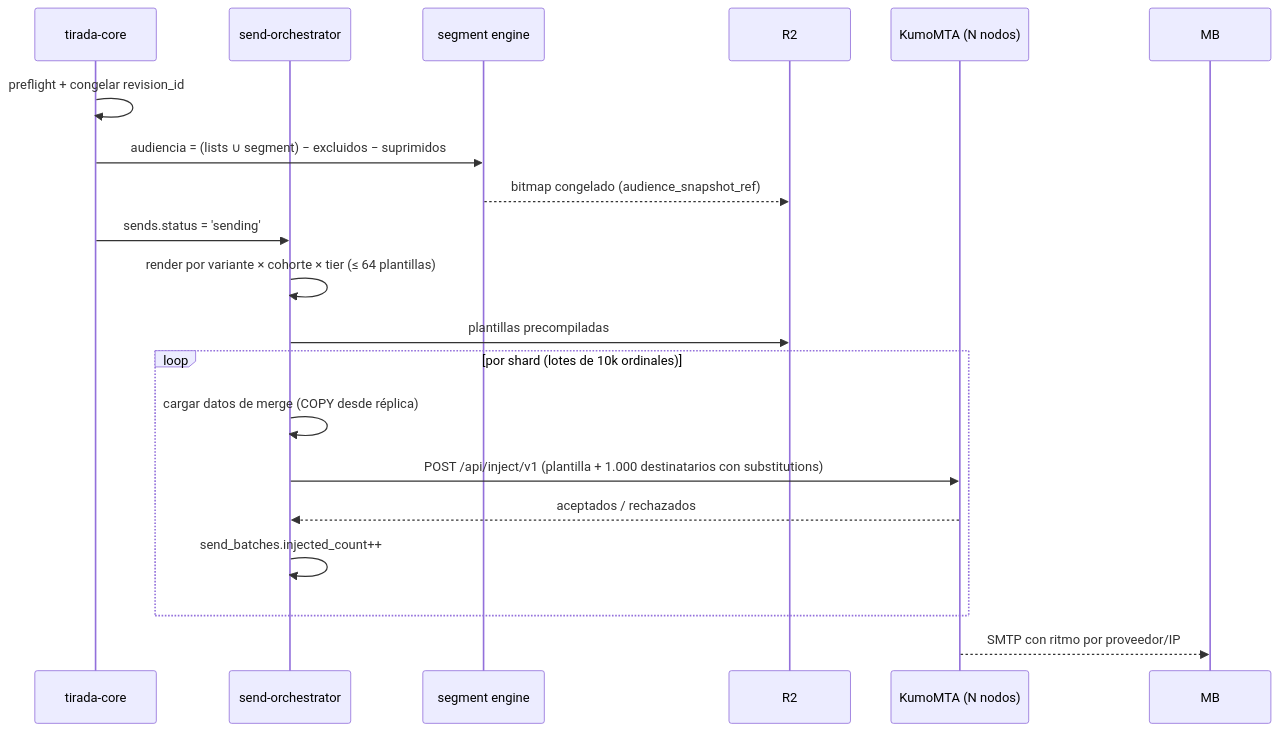
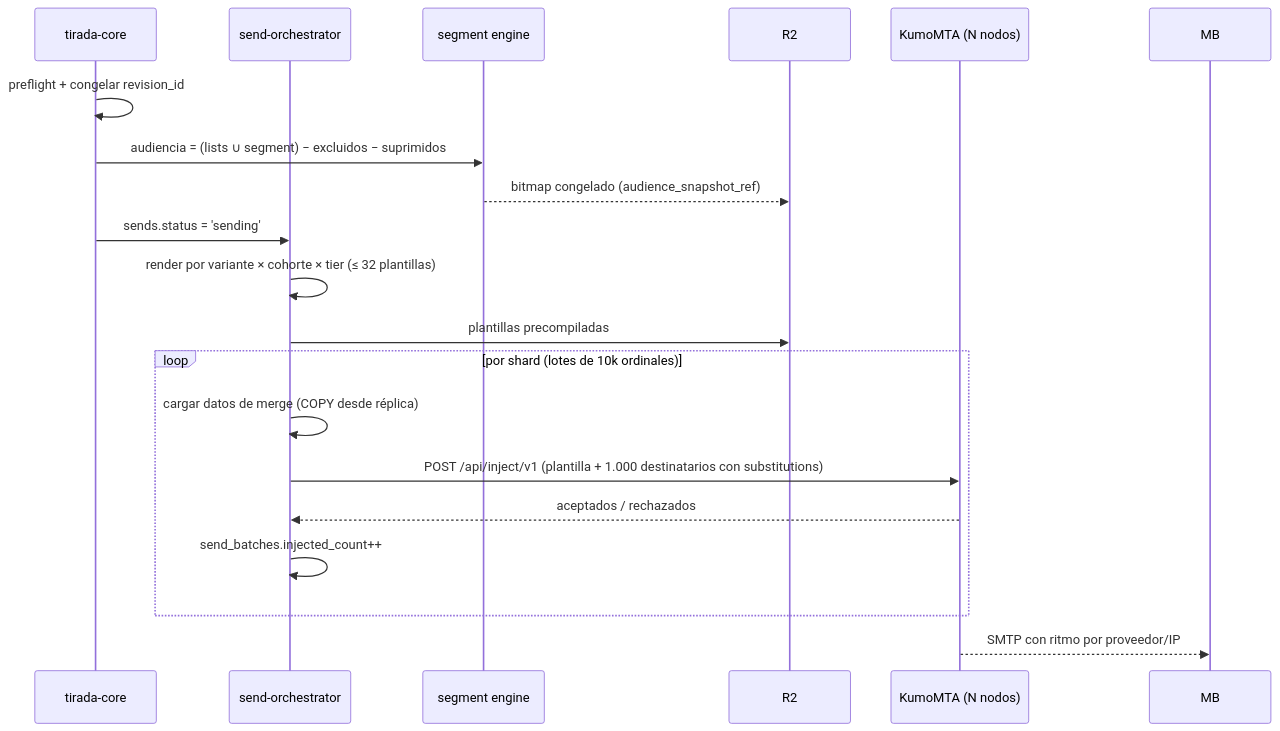
The fourth of 4 diagrams in design/ARCHITECTURE.md (Lucasgvdii/cowok), drawn with Mermaid before and after one commit. The commit also changed other lines of this file and 25 other files, not shown here.

````diff
--- a/design/ARCHITECTURE.md
+++ b/design/ARCHITECTURE.md
@@ -310,21 +310,21 @@
 ```mermaid
 sequenceDiagram
   participant API as tirada-core
   participant ORCH as send-orchestrator
   participant SEG as segment engine
   participant R2 as R2
   participant K as KumoMTA (N nodos)
   API->>API: preflight + congelar revision_id
   API->>SEG: audiencia = (lists ∪ segment) − excluidos − suprimidos
   SEG-->>R2: bitmap congelado (audience_snapshot_ref)
   API->>ORCH: sends.status = 'sending'
-  ORCH->>ORCH: render por variante × cohorte × tier (≤ 64 plantillas)
+  ORCH->>ORCH: render por variante × cohorte × tier (≤ 32 plantillas)
   ORCH->>R2: plantillas precompiladas
   loop por shard (lotes de 10k ordinales)
     ORCH->>ORCH: cargar datos de merge (COPY desde réplica)
     ORCH->>K: POST /api/inject/v1 (plantilla + 1.000 destinatarios con substitutions)
     K-->>ORCH: aceptados / rechazados
     ORCH->>ORCH: send_batches.injected_count++
   end
   K-->>MB: SMTP con ritmo por proveedor/IP
 ```
````
